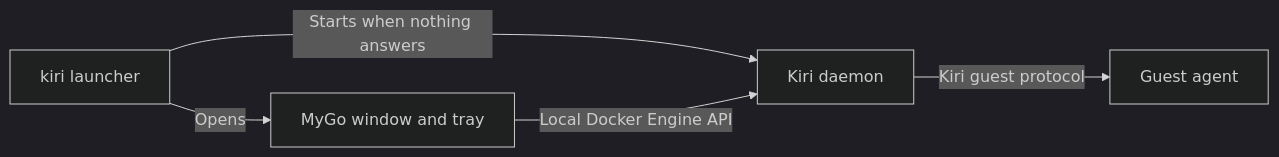
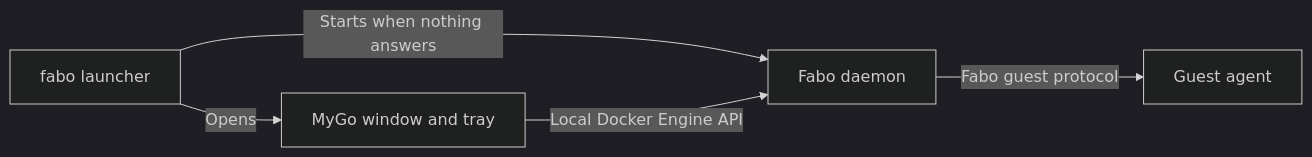
Before and after one commit to OpenFabrica/Fabo: the first of 43 diagrams in docs/desktop-overview.md, drawn with Mermaid (dark theme). The commit also changed other lines of this file and 473 other files, not shown here.

First line of the commit message:
refactor: rename the project's own kiri identity to fabo

````diff
--- a/docs/desktop-overview.md
+++ b/docs/desktop-overview.md
@@ -110,7 +110,7 @@
 ```mermaid
 flowchart LR
-    Launcher[kiri launcher] -->|Starts when nothing answers| Daemon[Kiri daemon]
+    Launcher[fabo launcher] -->|Starts when nothing answers| Daemon[Fabo daemon]
     Launcher -->|Opens| Desktop[MyGo window and tray]
     Desktop -->|Local Docker Engine API| Daemon
-    Daemon -->|Kiri guest protocol| Agent[Guest agent]
+    Daemon -->|Fabo guest protocol| Agent[Guest agent]
 ```
````
